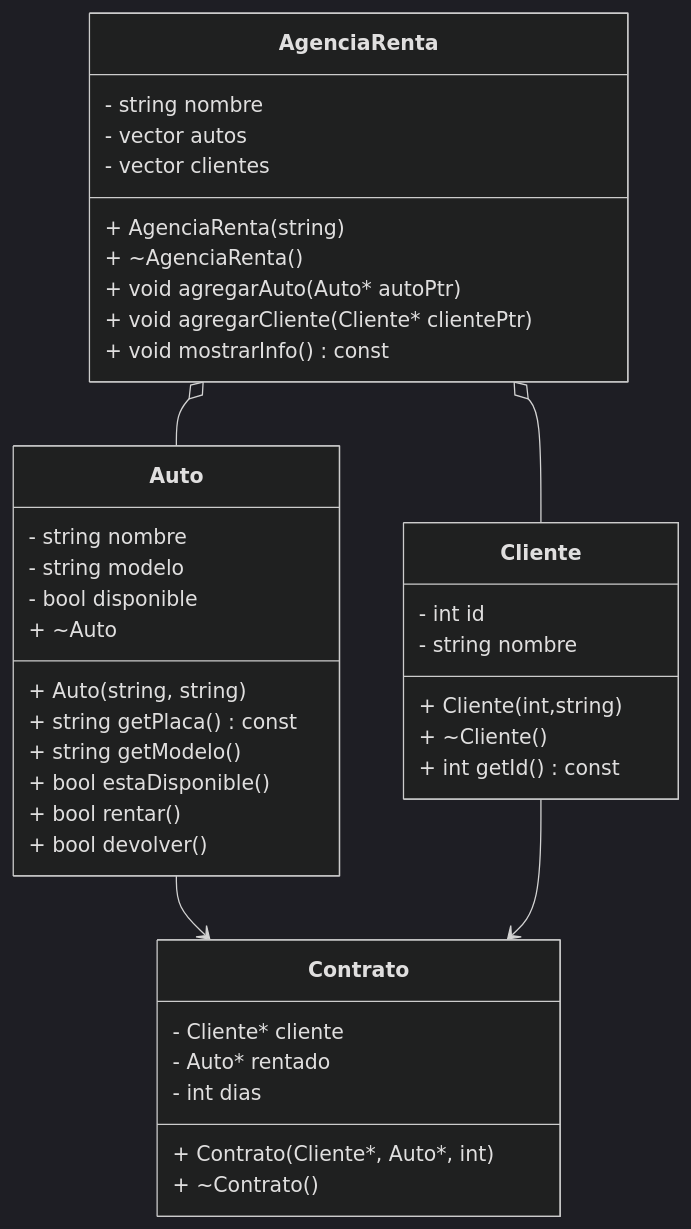
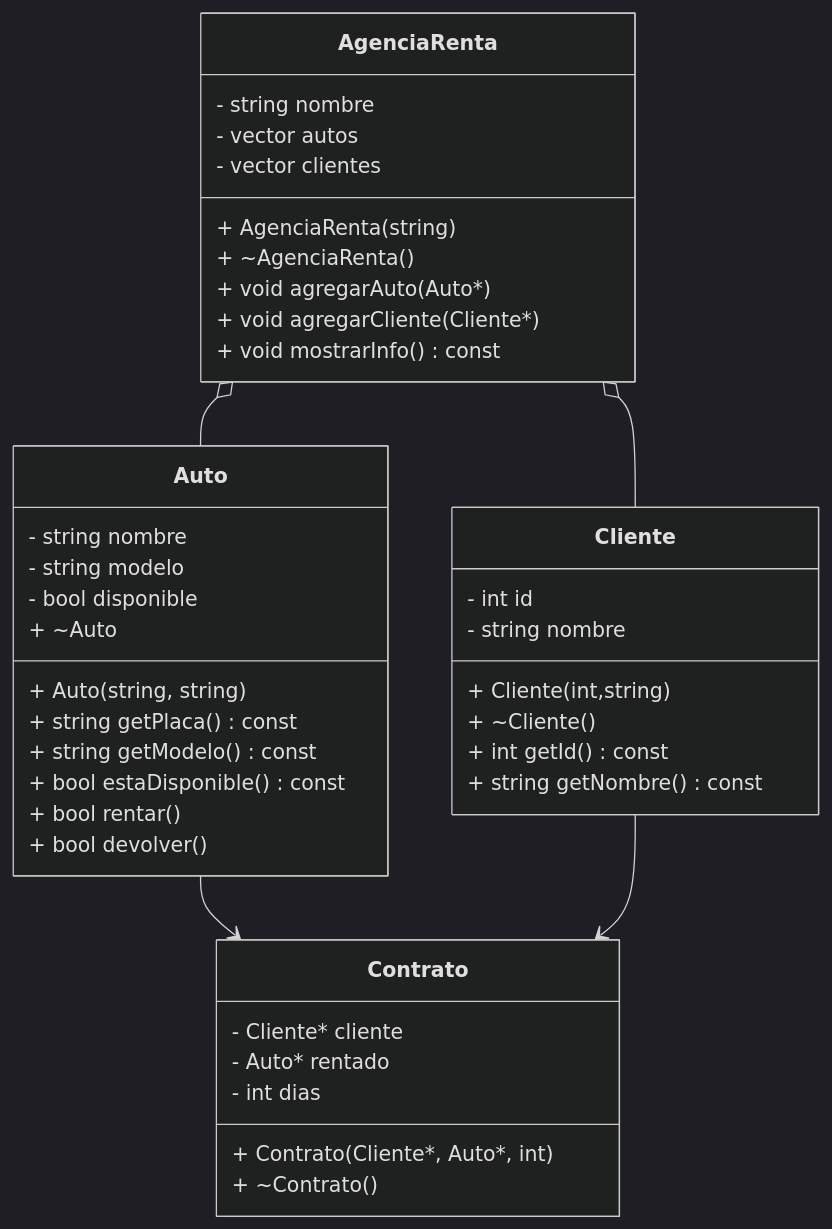
The diagram in classDiagram Program 2.md (AlejandroYuChen/Ejercicios-Asociaciones), drawn with Mermaid (dark theme) before and after one commit.

Commit message:
Update classDiagram Program 2.md

````diff
--- a/classDiagram Program 2.md
+++ b/classDiagram Program 2.md
@@ -1,47 +1,48 @@
 ```mermaid
 classDiagram
     class Auto {
         - string nombre
         - string modelo
         - bool disponible
         + Auto(string, string)
         + ~Auto
         + string getPlaca() const
-        + string getModelo()
-        + bool estaDisponible()
+        + string getModelo() const
+        + bool estaDisponible() const
         + bool rentar()
         + bool devolver()
     }
 
     class Cliente {
         - int id
         - string nombre
         + Cliente(int,string)
         + ~Cliente() 
         + int getId() const
+        + string getNombre() const
     }
 
     class Contrato {
         - Cliente* cliente
         - Auto* rentado
         - int dias
         + Contrato(Cliente*, Auto*, int)
         + ~Contrato()
     }
 
     class AgenciaRenta {
         - string nombre
         - vector<Auto*> autos
         - vector<Cliente*> clientes
         + AgenciaRenta(string)
         + ~AgenciaRenta()
-        + void agregarAuto(Auto* autoPtr)
-        + void agregarCliente(Cliente* clientePtr)
+        + void agregarAuto(Auto*)
+        + void agregarCliente(Cliente*)
         + void mostrarInfo() const
     }
 
     AgenciaRenta o-- Auto
     AgenciaRenta o-- Cliente
     Auto --> Contrato
     Cliente --> Contrato
 ```
````
